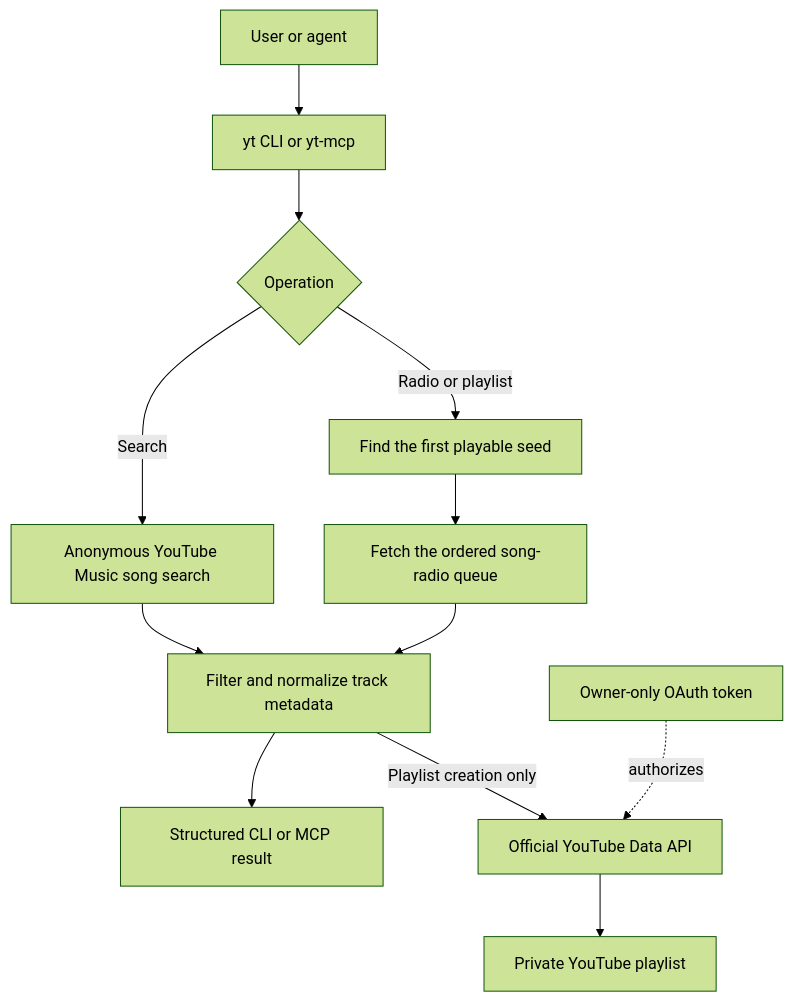
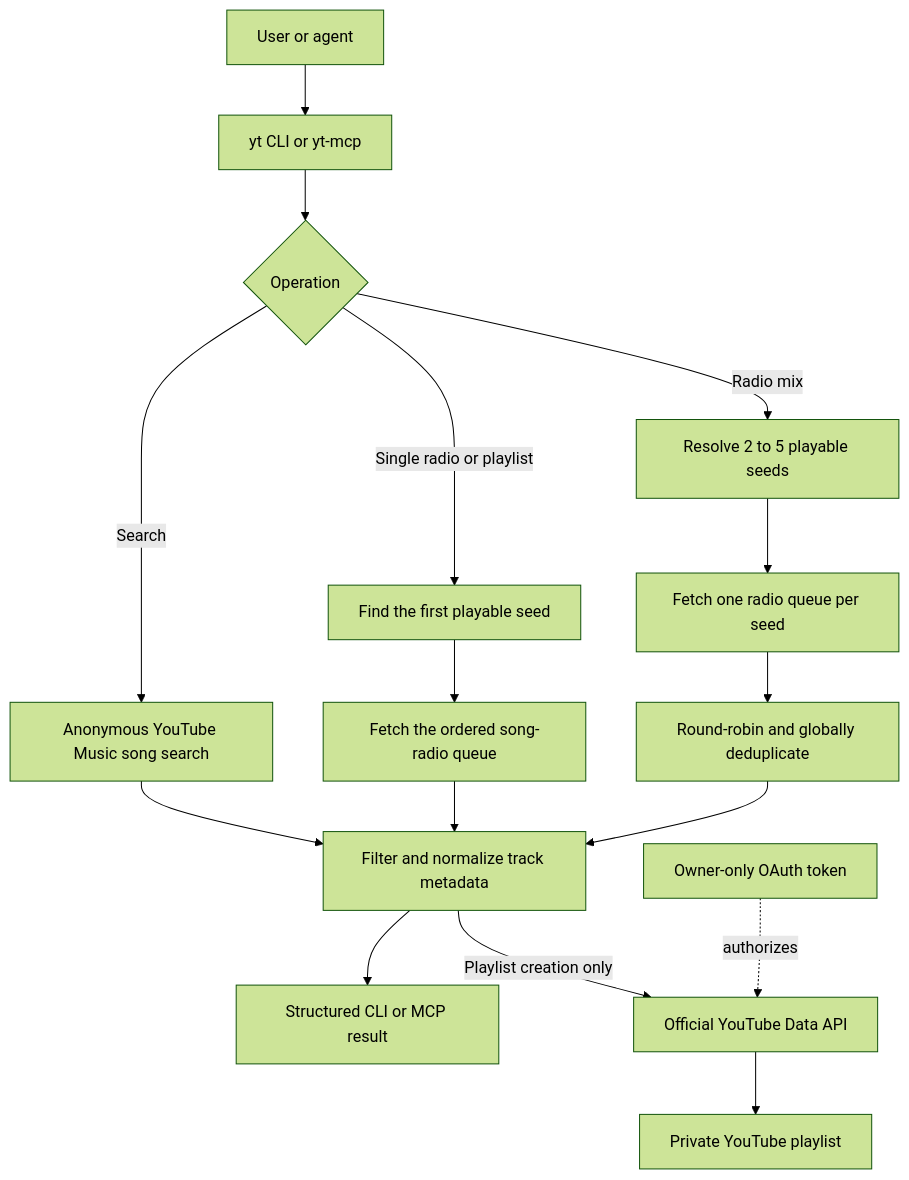
One commit to stevenmichiels/yt-mcp changed the diagram in README.md. Above: the diagram before and after it, drawn with Mermaid (forest theme). The commit also changed other lines of this file and 5 other files, not shown here.

Commit message:
feat: add multi-seed radio mixes

````diff
--- a/README.md
+++ b/README.md
@@ -6,14 +6,18 @@
 ```mermaid
 flowchart TD
     U[User or agent] --> E[yt CLI or yt-mcp]
     E --> O{Operation}
     O -->|Search| S[Anonymous YouTube Music song search]
-    O -->|Radio or playlist| Q[Find the first playable seed]
+    O -->|Single radio or playlist| Q[Find the first playable seed]
     Q --> R[Fetch the ordered song-radio queue]
+    O -->|Radio mix| Q5[Resolve 2 to 5 playable seeds]
+    Q5 --> R5[Fetch one radio queue per seed]
+    R5 --> M[Round-robin and globally deduplicate]
     S --> N[Filter and normalize track metadata]
     R --> N
+    M --> N
     N --> T[Structured CLI or MCP result]
     N -->|Playlist creation only| W[Official YouTube Data API]
     A[Owner-only OAuth token] -. authorizes .-> W
     W --> P[Private YouTube playlist]
 ```
````
